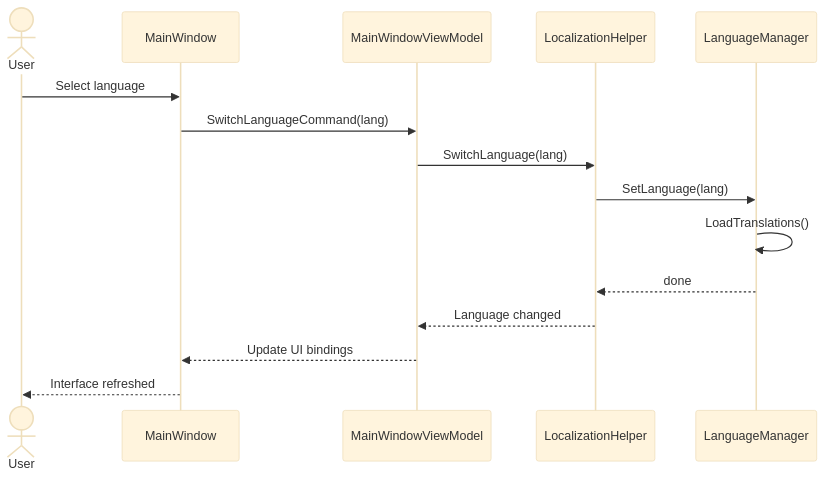
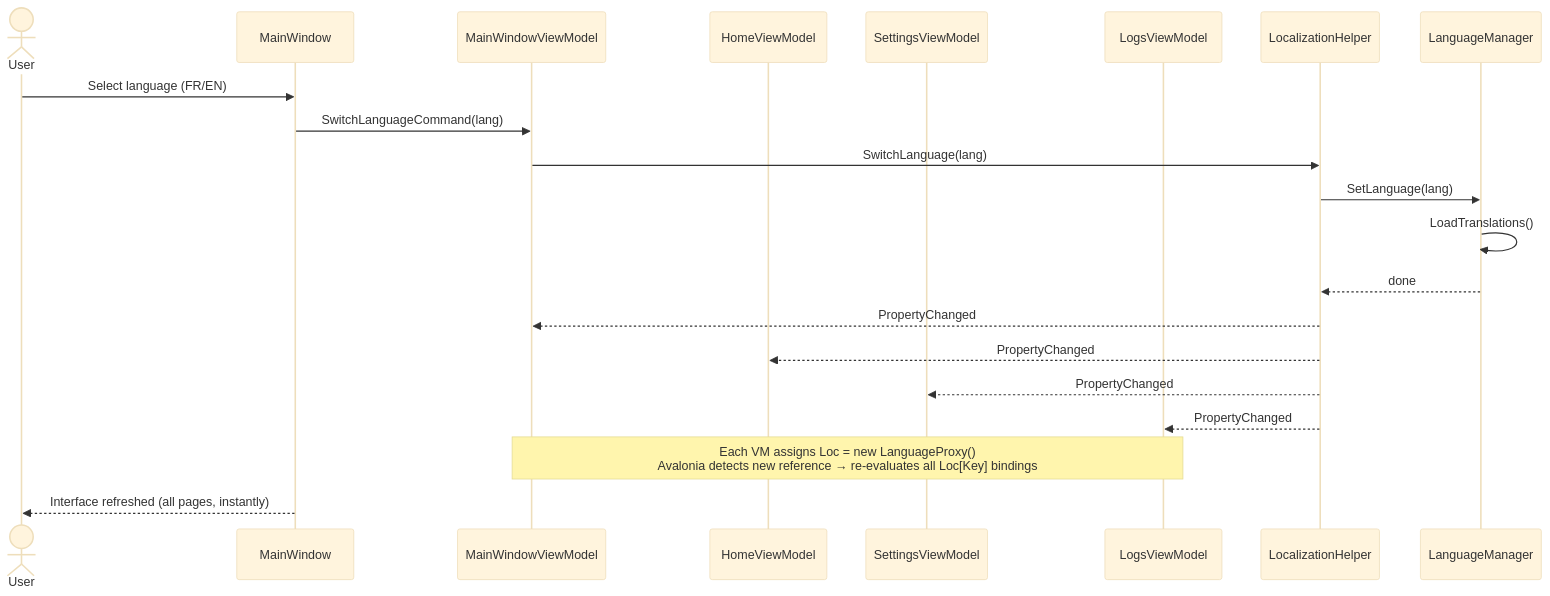
Before and after one commit to Groupe1-Prosoft/EasySave: the sixth of 8 diagrams in Diagrams/UML.md, drawn with Mermaid (base theme). The commit also changed other lines of this file, not shown here.

Commit message:
fixing diagrams

````diff
--- a/Diagrams/UML.md
+++ b/Diagrams/UML.md
@@ -513,21 +525,28 @@
 ```mermaid
 sequenceDiagram
     actor User
     participant MainWindow
     participant MainWindowViewModel
+    participant HomeViewModel
+    participant SettingsViewModel
+    participant LogsViewModel
     participant LocalizationHelper
     participant LanguageManager
 
-    User->>MainWindow: Select language
+    User->>MainWindow: Select language (FR/EN)
     MainWindow->>MainWindowViewModel: SwitchLanguageCommand(lang)
 
     MainWindowViewModel->>LocalizationHelper: SwitchLanguage(lang)
     LocalizationHelper->>LanguageManager: SetLanguage(lang)
     LanguageManager->>LanguageManager: LoadTranslations()
     LanguageManager-->>LocalizationHelper: done
-    LocalizationHelper-->>MainWindowViewModel: Language changed
 
+    LocalizationHelper-->>MainWindowViewModel: PropertyChanged
+    LocalizationHelper-->>HomeViewModel: PropertyChanged
+    LocalizationHelper-->>SettingsViewModel: PropertyChanged
+    LocalizationHelper-->>LogsViewModel: PropertyChanged
 
-    MainWindowViewModel-->>MainWindow: Update UI bindings
-    MainWindow-->>User: Interface refreshed
+    Note over MainWindowViewModel,LogsViewModel: Each VM assigns Loc = new LanguageProxy()<br/>Avalonia detects new reference → re-evaluates all Loc[Key] bindings
+
+    MainWindow-->>User: Interface refreshed (all pages, instantly)
 ```
````
